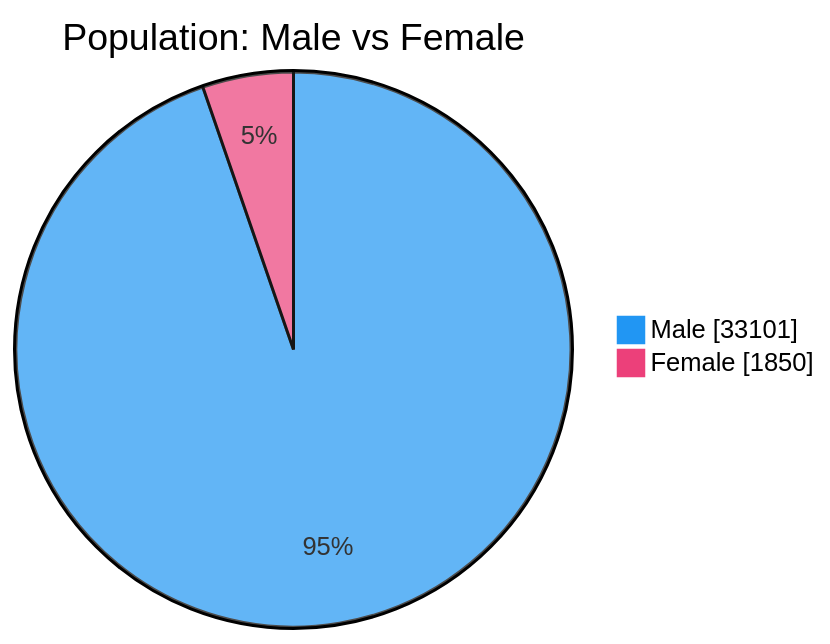
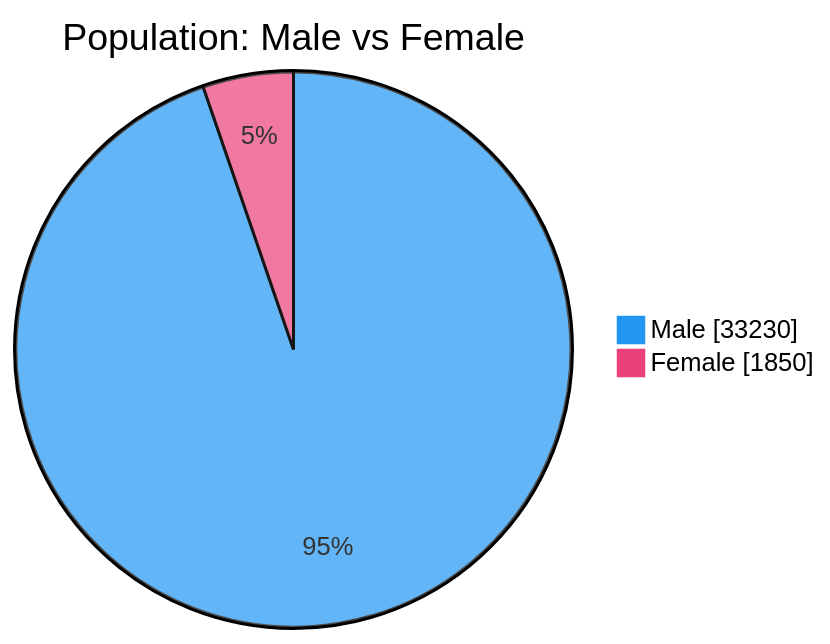
Before and after one commit to nuuuwan/lk_prisons: the second of 7 diagrams in README.md, drawn with Mermaid. The commit also changed other lines of this file and 1 other file, not shown here.

````diff
--- a/README.md
+++ b/README.md
@@ -54,6 +54,6 @@
 ```mermaid
 %%{init: {'themeVariables': {'pie1': '#2196F3', 'pie2': '#EC407A'}}}%%
 pie showData title Population: Male vs Female
-    "Male" : 33101
+    "Male" : 33230
     "Female" : 1850
 ```
````
